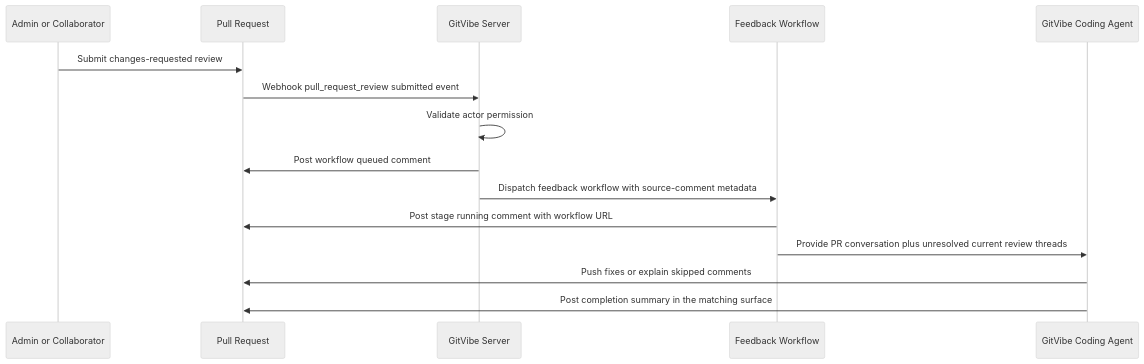
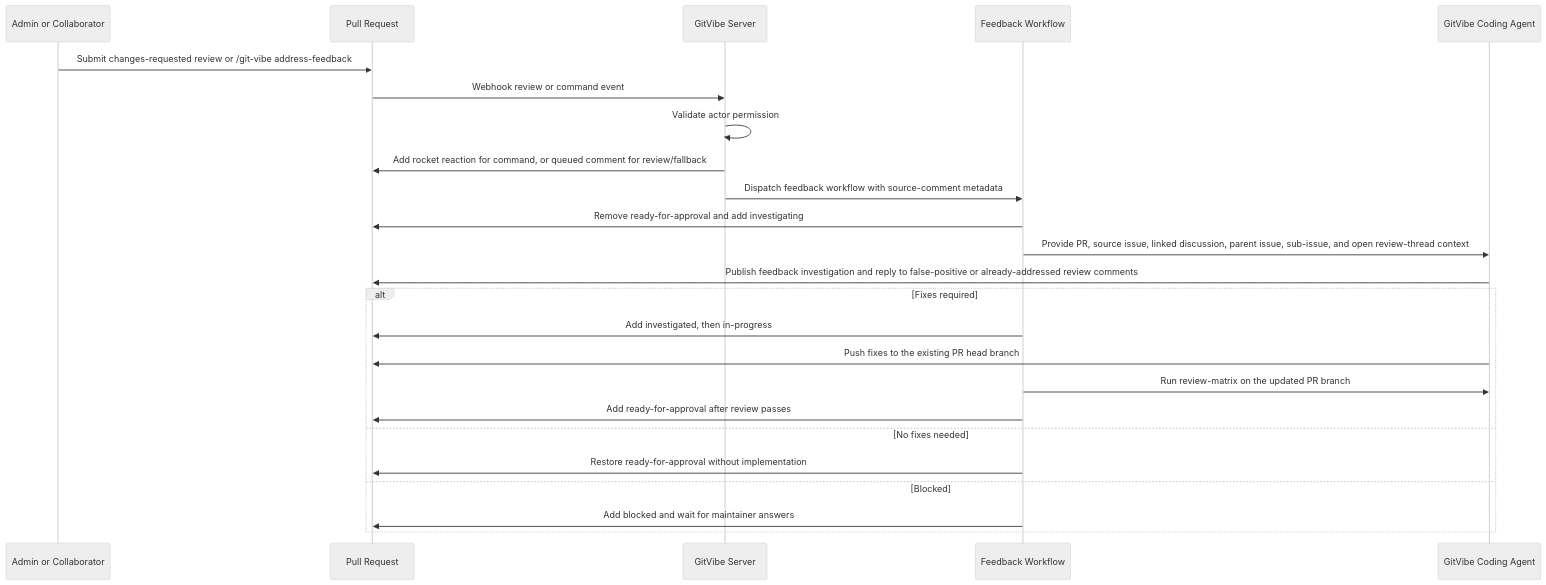
One commit to markhuangai/git-vibe changed the sixth of 6 diagrams in docs/WORKFLOW.md. Above: the diagram before and after it, drawn with Mermaid (neutral theme). The commit also changed other lines of this file and 50 other files, not shown here.

Commit message:
Implement PR feedback automation flow

````diff
--- a/docs/WORKFLOW.md
+++ b/docs/WORKFLOW.md
@@ -360,18 +374,27 @@
 ```mermaid
 sequenceDiagram
   participant M as Admin or Collaborator
   participant PR as Pull Request
   participant App as GitVibe Server
   participant WF as Feedback Workflow
   participant Agent as GitVibe Coding Agent
 
-  M->>PR: Submit changes-requested review
-  PR->>App: Webhook pull_request_review submitted event
+  M->>PR: Submit changes-requested review or /git-vibe address-feedback
+  PR->>App: Webhook review or command event
   App->>App: Validate actor permission
-  App->>PR: Post workflow queued comment
+  App->>PR: Add rocket reaction for command, or queued comment for review/fallback
   App->>WF: Dispatch feedback workflow with source-comment metadata
-  WF->>PR: Post stage running comment with workflow URL
-  WF->>Agent: Provide PR conversation plus unresolved current review threads
-  Agent->>PR: Push fixes or explain skipped comments
-  Agent->>PR: Post completion summary in the matching surface
+  WF->>PR: Remove ready-for-approval and add investigating
+  WF->>Agent: Provide PR, source issue, linked discussion, parent issue, sub-issue, and open review-thread context
+  Agent->>PR: Publish feedback investigation and reply to false-positive or already-addressed review comments
+  alt Fixes required
+    WF->>PR: Add investigated, then in-progress
+    Agent->>PR: Push fixes to the existing PR head branch
+    WF->>Agent: Run review-matrix on the updated PR branch
+    WF->>PR: Add ready-for-approval after review passes
+  else No fixes needed
+    WF->>PR: Restore ready-for-approval without implementation
+  else Blocked
+    WF->>PR: Add blocked and wait for maintainer answers
+  end
 ```
````
